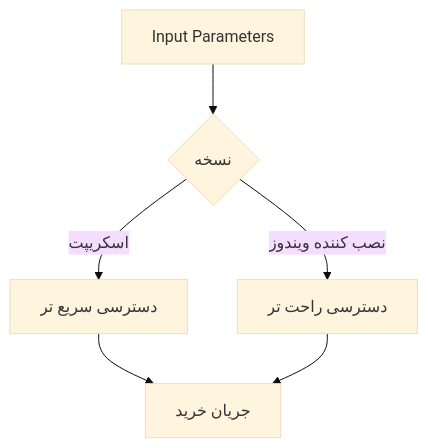
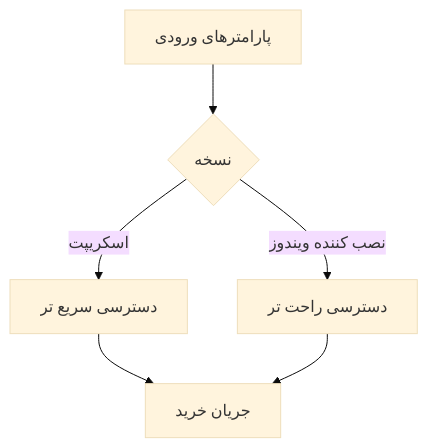
Before and after one commit to Amirhosin282/Dtire: the second of 2 diagrams in README.md, drawn with Mermaid (base theme).

````diff
--- a/README.md
+++ b/README.md
@@ -90,7 +90,7 @@
 ```mermaid
 graph TD
-    A[Input Parameters] --> B{نسخه}
+    A[پارامترهای ورودی] --> B{نسخه}
     B -->|اسکریپت| C[دسترسی سریع تر]
     B -->|نصب کننده ویندوز| D[دسترسی راحت تر]
     C & D --> E[جریان خرید]
 ```
````
